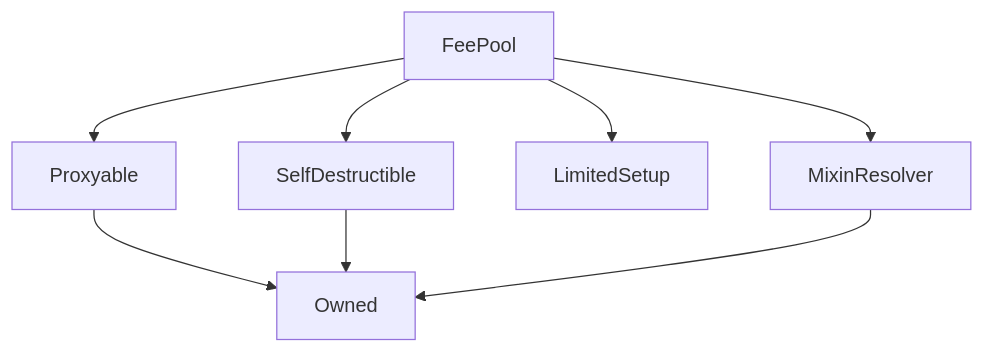
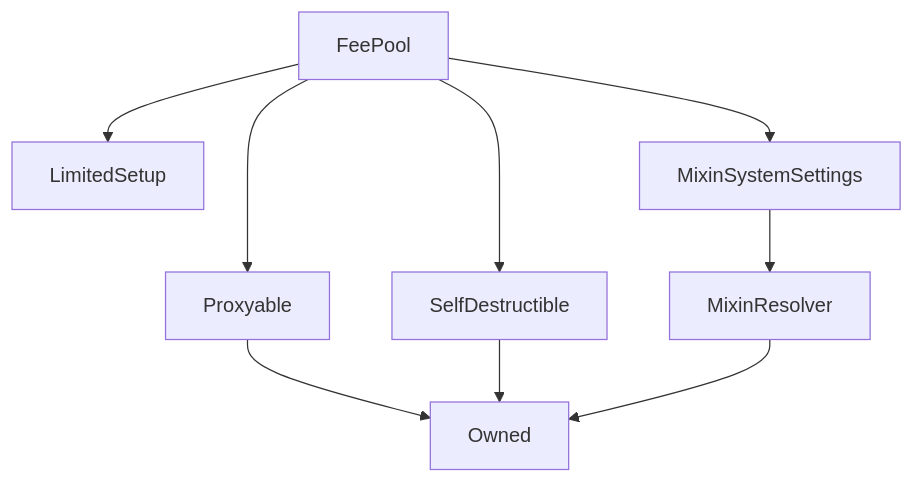
Before and after one commit to Synthetixio/synthetix-docs: the diagram in content/contracts/source/contracts/FeePool.md, drawn with Mermaid. The commit also changed other lines of this file and 81 other files, not shown here.

````diff
--- a/content/contracts/source/contracts/FeePool.md
+++ b/content/contracts/source/contracts/FeePool.md
@@ -24,11 +24,12 @@
 ```mermaid
 graph TD
     FeePool[FeePool] --> Proxyable[Proxyable]
     FeePool[FeePool] --> SelfDestructible[SelfDestructible]
     FeePool[FeePool] --> LimitedSetup[LimitedSetup]
-    FeePool[FeePool] --> MixinResolver[MixinResolver]
+    FeePool[FeePool] --> MixinSystemSettings[MixinSystemSettings]
     Proxyable[Proxyable] --> Owned[Owned]
     SelfDestructible[SelfDestructible] --> Owned[Owned]
+    MixinSystemSettings[MixinSystemSettings] --> MixinResolver[MixinResolver]
     MixinResolver[MixinResolver] --> Owned[Owned]
 
 ```
````
